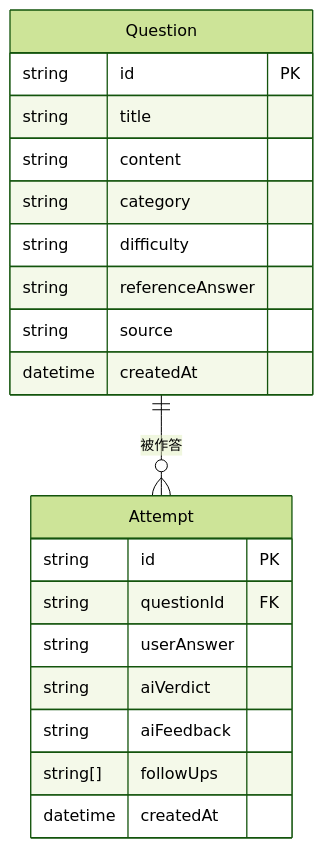
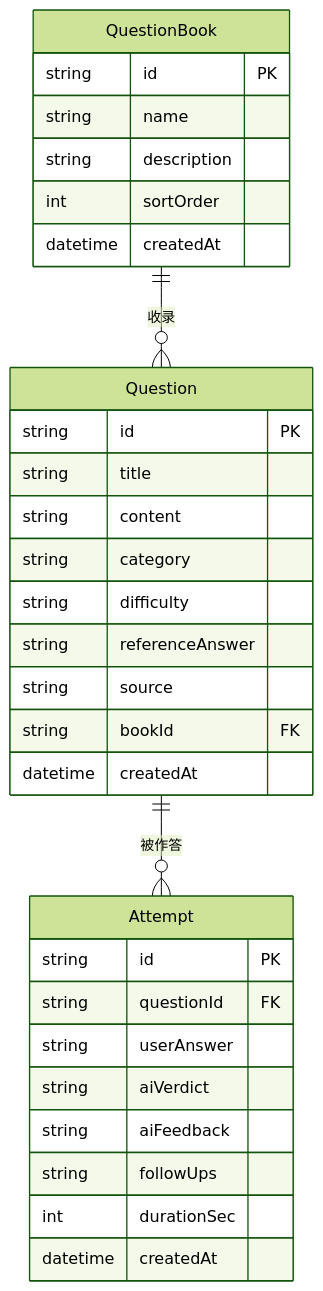
Before and after one commit to Raventhatfly/MLE-AI-Booster: the second of 2 diagrams in README.md, drawn with Mermaid (forest theme). The commit also changed other lines of this file and 16 other files, not shown here.

````diff
--- a/README.md
+++ b/README.md
@@ -70,23 +72,33 @@
 ```mermaid
 erDiagram
+    QuestionBook ||--o{ Question : "收录"
     Question ||--o{ Attempt : "被作答"
+    QuestionBook {
+        string id PK
+        string name
+        string description
+        int sortOrder
+        datetime createdAt
+    }
     Question {
         string id PK
         string title
         string content
         string category
         string difficulty
         string referenceAnswer
         string source
+        string bookId FK
         datetime createdAt
     }
     Attempt {
         string id PK
         string questionId FK
         string userAnswer
         string aiVerdict
         string aiFeedback
-        string[] followUps
+        string followUps
+        int durationSec
         datetime createdAt
     }
 ```
````
